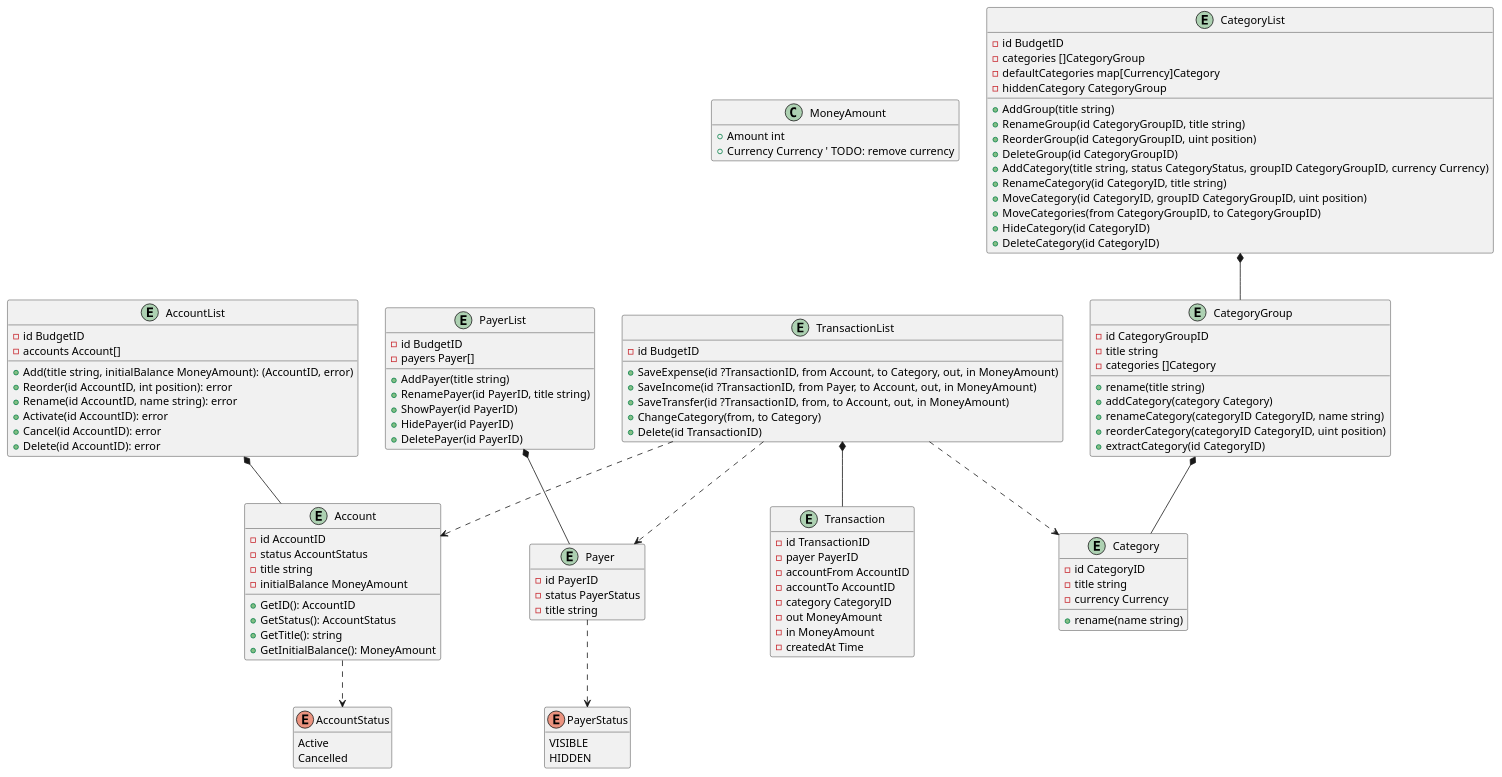
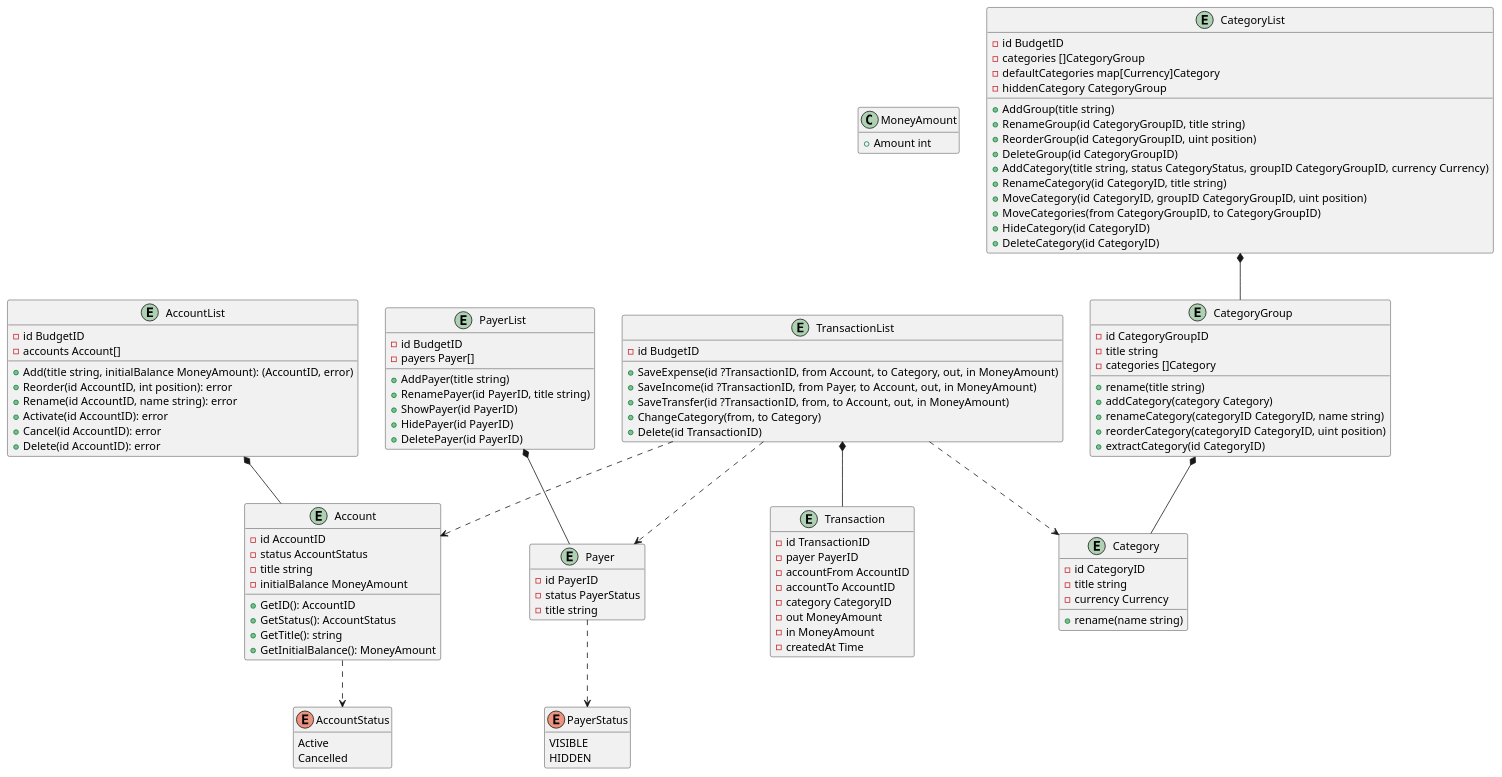
One commit to klwxsrx/budget-tracker changed the diagram in docs/domain.plantuml. Above: the diagram before and after it, drawn with PlantUML. The commit also changed 15 other files, not shown here.

```diff
--- a/docs/domain.plantuml
+++ b/docs/domain.plantuml
@@ -1,137 +1,136 @@
 @startuml
 hide empty fields
 hide empty methods
 
 class MoneyAmount {
  +Amount int
- +Currency Currency ' TODO: remove currency
 }
 
 enum AccountStatus {
  Active
  Cancelled
 }
 
 entity Account {
  -id AccountID
  -status AccountStatus
  -title string
  -initialBalance MoneyAmount
  +GetID(): AccountID
  +GetStatus(): AccountStatus
  +GetTitle(): string
  +GetInitialBalance(): MoneyAmount
 }
 
 Account ..> AccountStatus
 
 entity AccountList {
  -id BudgetID
  -accounts Account[]
  +Add(title string, initialBalance MoneyAmount): (AccountID, error)
  +Reorder(id AccountID, int position): error
  +Rename(id AccountID, name string): error
  +Activate(id AccountID): error
  +Cancel(id AccountID): error
  +Delete(id AccountID): error
 }
 
 AccountList *-- Account
 
 
 
 ' TODO: implement model below
 enum PayerStatus {
  VISIBLE
  HIDDEN
 }
 
 entity Payer {
  -id PayerID
  -status PayerStatus
  -title string
 }
 
 Payer ..> PayerStatus
 
 entity PayerList {
  -id BudgetID
  -payers Payer[]
  +AddPayer(title string)
  +RenamePayer(id PayerID, title string)
  +ShowPayer(id PayerID)
  +HidePayer(id PayerID)
  +DeletePayer(id PayerID)
 }
 
 PayerList *-- Payer
 
 
 
 entity Category {
  -id CategoryID
  -title string
  -currency Currency
  +rename(name string)
 }
 
 entity CategoryGroup {
  -id CategoryGroupID
  -title string
  -categories []Category
  +rename(title string)
  +addCategory(category Category)
  +renameCategory(categoryID CategoryID, name string)
  +reorderCategory(categoryID CategoryID, uint position)
  +extractCategory(id CategoryID)
 }
 
 CategoryGroup *-- Category
 
 entity CategoryList {
  -id BudgetID
  -categories []CategoryGroup
  -defaultCategories map[Currency]Category
  -hiddenCategory CategoryGroup
  +AddGroup(title string)
  +RenameGroup(id CategoryGroupID, title string)
  +ReorderGroup(id CategoryGroupID, uint position)
  +DeleteGroup(id CategoryGroupID)
  +AddCategory(title string, status CategoryStatus, groupID CategoryGroupID, currency Currency)
  +RenameCategory(id CategoryID, title string)
  +MoveCategory(id CategoryID, groupID CategoryGroupID, uint position)
  +MoveCategories(from CategoryGroupID, to CategoryGroupID)
  +HideCategory(id CategoryID)
  +DeleteCategory(id CategoryID)
 }
 
 CategoryList *-- CategoryGroup
 
 
 
 entity Transaction {
  -id TransactionID
  -payer PayerID
  -accountFrom AccountID
  -accountTo AccountID
  -category CategoryID
  -out MoneyAmount
  -in MoneyAmount
  -createdAt Time
 }
 
 entity TransactionList {
  -id BudgetID
  +SaveExpense(id ?TransactionID, from Account, to Category, out, in MoneyAmount)
  +SaveIncome(id ?TransactionID, from Payer, to Account, out, in MoneyAmount)
  +SaveTransfer(id ?TransactionID, from, to Account, out, in MoneyAmount)
  +ChangeCategory(from, to Category)
  +Delete(id TransactionID)
 }
 
 TransactionList *-- Transaction
 TransactionList ..> Payer
 TransactionList ..> Account
 TransactionList ..> Category
 
 @enduml
```
